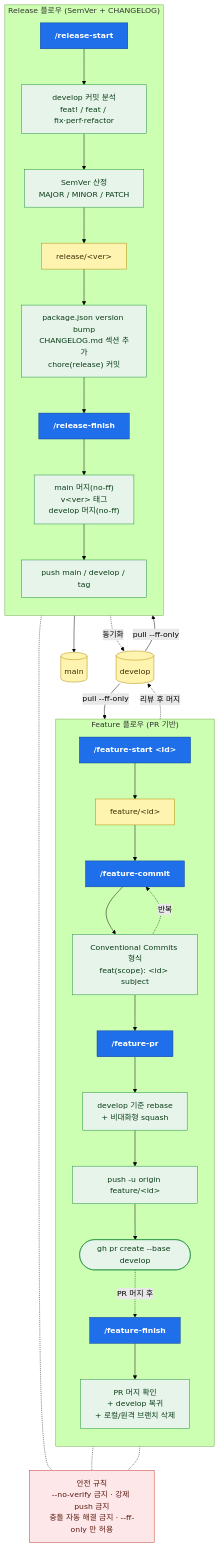
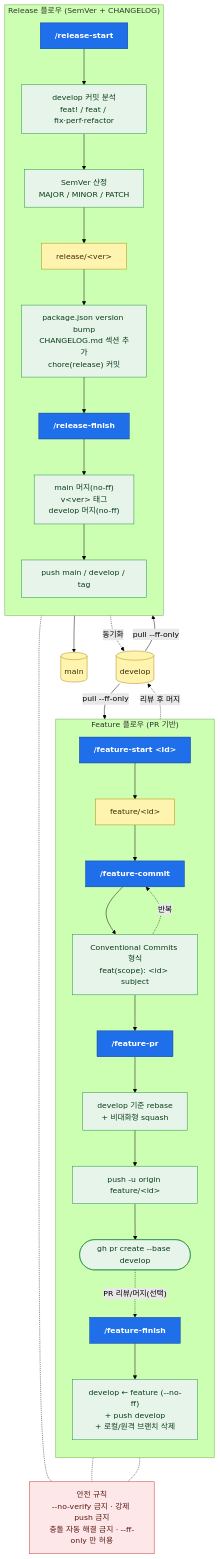
One commit to JihoonKim0305/gitflow-sph changed the diagram in README.md. Above: the diagram before and after it, drawn with Mermaid (forest theme). The commit also changed other lines of this file and 3 other files, not shown here.

````diff
--- a/README.md
+++ b/README.md
@@ -70,62 +70,62 @@
 ```mermaid
 flowchart TD
     classDef cmd fill:#1f6feb,stroke:#0b3d91,color:#fff,font-weight:bold
     classDef branch fill:#fff3b0,stroke:#b08900,color:#3d2c00
     classDef action fill:#e6f4ea,stroke:#1e8e3e,color:#0b3d18
     classDef guard fill:#fde7e9,stroke:#c0392b,color:#5b1a12
 
     DEV[("develop")]:::branch
     MAIN[("main")]:::branch
 
     %% ===== Feature flow =====
     subgraph FEATURE["Feature 플로우 (PR 기반)"]
         direction TB
         FS["/feature-start &lt;id&gt;"]:::cmd
         FB["feature/&lt;id&gt;"]:::branch
         FC["/feature-commit"]:::cmd
         FCMSG["Conventional Commits 형식<br/>feat(scope): &lt;id&gt; subject"]:::action
         FF["/feature-pr"]:::cmd
         FSQ["develop 기준 rebase<br/>+ 비대화형 squash"]:::action
         FPSH["push -u origin feature/&lt;id&gt;"]:::action
         FPR(["gh pr create --base develop"]):::action
         FFIN["/feature-finish"]:::cmd
-        FDEL["PR 머지 확인<br/>+ develop 복귀<br/>+ 로컬/원격 브랜치 삭제"]:::action
+        FDEL["develop ← feature (--no-ff)<br/>+ push develop<br/>+ 로컬/원격 브랜치 삭제"]:::action
 
         FS --> FB
         FB --> FC
         FC --> FCMSG
         FCMSG -. 반복 .-> FC
         FCMSG --> FF
         FF --> FSQ --> FPSH --> FPR
-        FPR -. "PR 머지 후" .-> FFIN
+        FPR -. "PR 리뷰/머지(선택)" .-> FFIN
         FFIN --> FDEL
     end
 
     %% ===== Release flow =====
     subgraph RELEASE["Release 플로우 (SemVer + CHANGELOG)"]
         direction TB
         RS["/release-start"]:::cmd
         RANA["develop 커밋 분석<br/>feat! / feat / fix·perf·refactor"]:::action
         RVER["SemVer 산정<br/>MAJOR / MINOR / PATCH"]:::action
         RB["release/&lt;ver&gt;"]:::branch
         RBUMP["package.json version bump<br/>CHANGELOG.md 섹션 추가<br/>chore(release) 커밋"]:::action
         RFIN["/release-finish"]:::cmd
         RMERGE["main 머지(no-ff)<br/>v&lt;ver&gt; 태그<br/>develop 머지(no-ff)"]:::action
         RPUSH["push main / develop / tag"]:::action
 
         RS --> RANA --> RVER --> RB --> RBUMP --> RFIN --> RMERGE --> RPUSH
     end
 
     %% ===== Cross edges =====
     DEV -- "pull --ff-only" --> FS
     FPR -. "리뷰 후 머지" .-> DEV
     DEV -- "pull --ff-only" --> RS
     RPUSH --> MAIN
     RPUSH -. "동기화" .-> DEV
 
     %% ===== Safety guard =====
     GUARD["안전 규칙<br/>--no-verify 금지 · 강제 push 금지<br/>충돌 자동 해결 금지 · --ff-only 만 허용"]:::guard
     FF -.- GUARD
     FFIN -.- GUARD
     RFIN -.- GUARD
 ```
````
